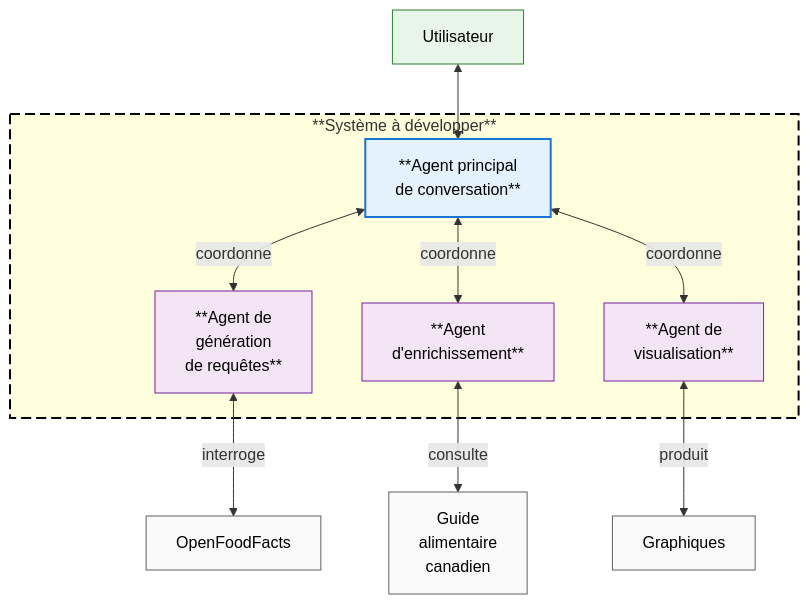
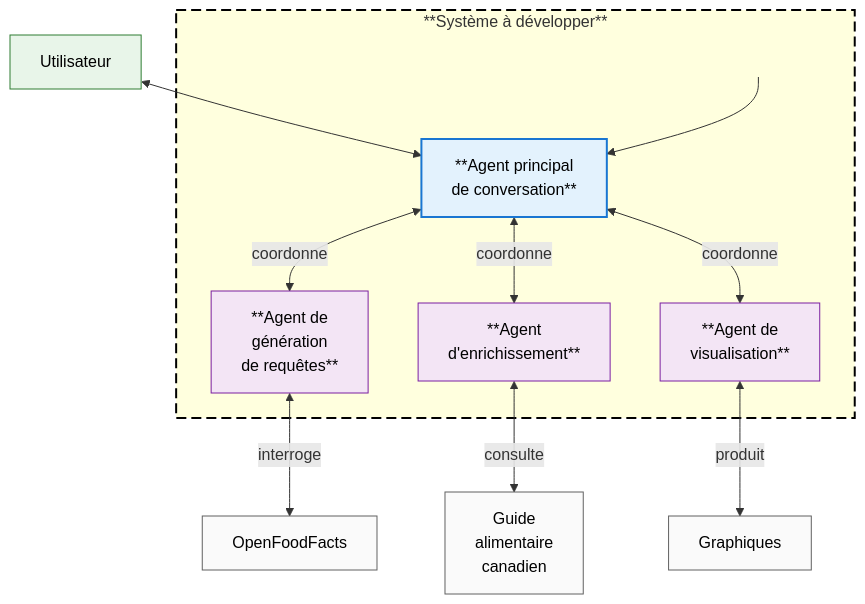
One commit to boisalai/ift-6005 changed the second of 2 diagrams in docs/markdown/plan.md. Above: the diagram before and after it, drawn with Mermaid.

````diff
--- a/docs/markdown/plan.md
+++ b/docs/markdown/plan.md
@@ -93,35 +93,36 @@
 ```mermaid
 graph TD
     %% Définition de classes avec texte en noir
     classDef main fill:#e3f2fd,stroke:#1976d2,color:#000000,stroke-width:2px
     classDef agent fill:#f3e5f5,stroke:#7b1fa2,color:#000000
     classDef resource fill:#fafafa,stroke:#616161,color:#000000
     classDef user fill:#e8f5e9,stroke:#2e7d32,color:#000000
     classDef system_border stroke:#000000,stroke-width:2px,stroke-dasharray:10 5
     classDef invisible fill:none,stroke:none
 
     U["Utilisateur"] <--> MA
 
     subgraph S[**Système à développer**]
         Space[ ]
         MA["**Agent principal<br>de conversation**"]
         A1["**Agent de<br>génération<br>de requêtes**"]
         A2["**Agent<br>d'enrichissement**"]
         A3["**Agent de<br>visualisation**"]
         
+        Space --> MA
         MA <-->|coordonne| A1
         MA <-->|coordonne| A2
         MA <-->|coordonne| A3
     end
     
     A1 <-->|interroge| DB["OpenFoodFacts"]
     A2 <-->|consulte| GAC["Guide<br>alimentaire<br>canadien"]
     A3 <-->|produit| V["Graphiques"]
     
     class MA main
     class A1,A2,A3 agent
     class DB,GAC,V resource
     class U user
     class S system_border
     class Space invisible
 ```
````
